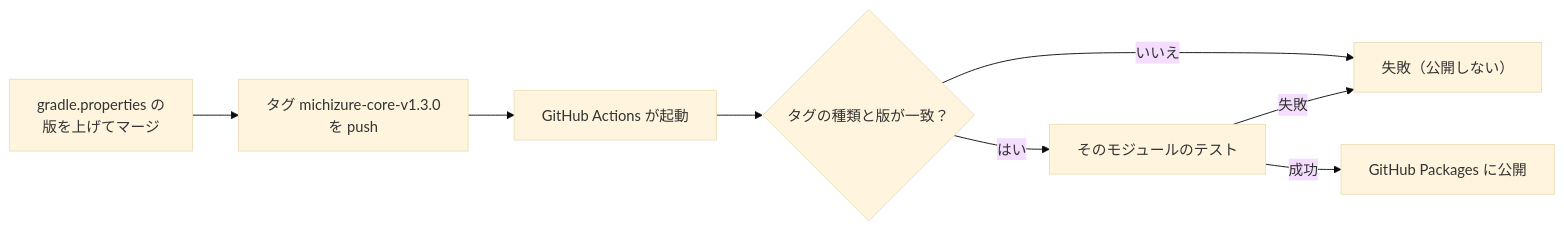
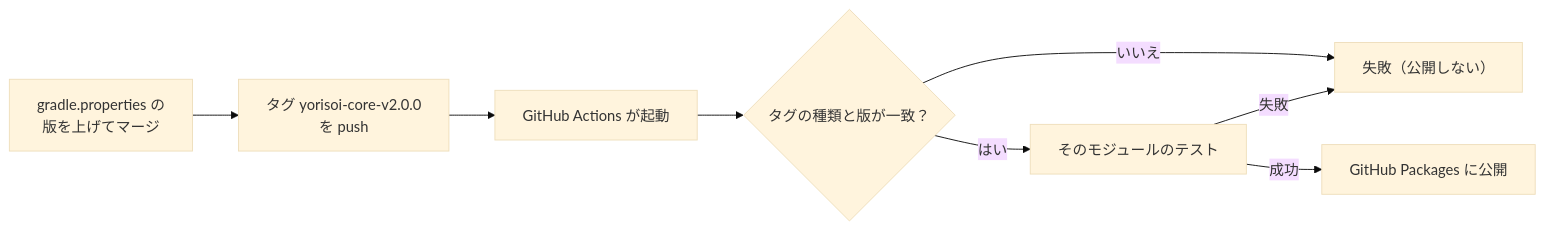
The diagram in 05-station-format/03-publish.md (duwenji/yorisoi-tutorial), drawn with Mermaid (base theme) before and after one commit. The commit also changed other lines of this file and 85 other files, not shown here.

````diff
--- a/05-station-format/03-publish.md
+++ b/05-station-format/03-publish.md
@@ -205,10 +209,10 @@
 ```mermaid
 flowchart LR
-    A["gradle.properties の<br/>版を上げてマージ"] --> B["タグ michizure-core-v1.3.0<br/>を push"]
+    A["gradle.properties の<br/>版を上げてマージ"] --> B["タグ yorisoi-core-v2.0.0<br/>を push"]
     B --> C["GitHub Actions が起動"]
     C --> D{"タグの種類と版が一致？"}
     D -->|いいえ| X["失敗（公開しない）"]
     D -->|はい| E["そのモジュールのテスト"]
     E -->|失敗| X
     E -->|成功| F["GitHub Packages に公開"]
 ```
````
